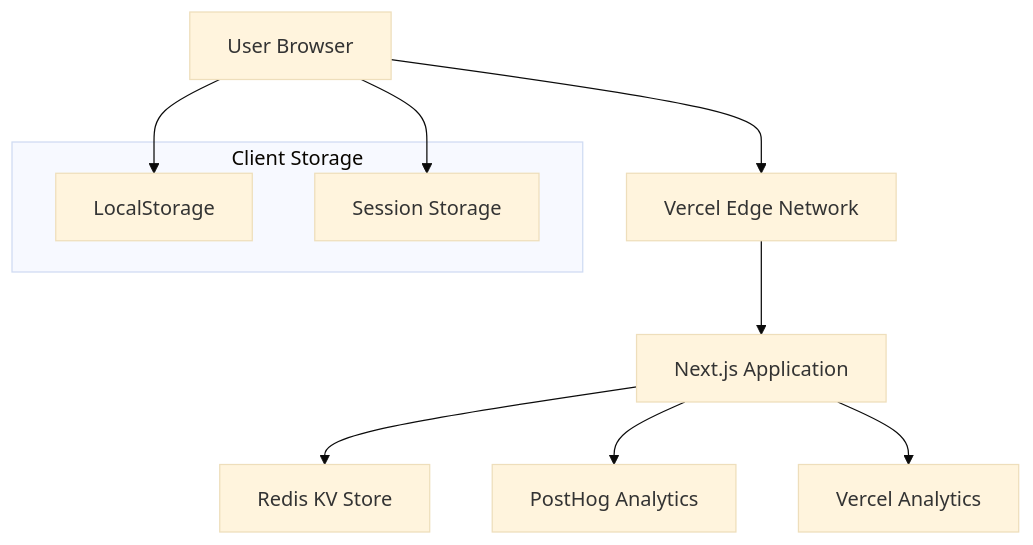
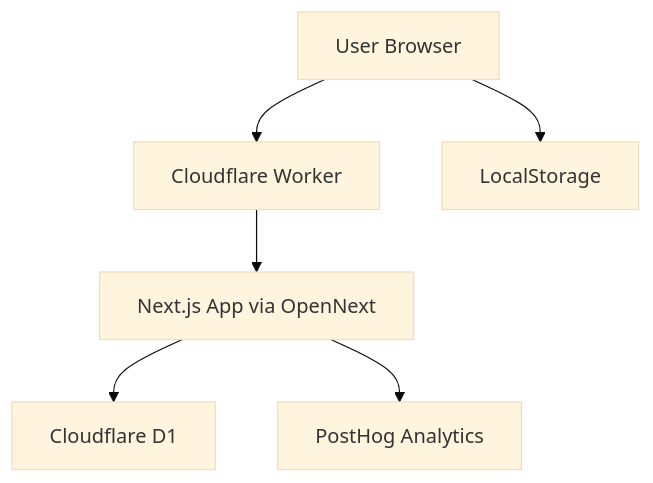
One commit to Aarekaz/SplitSimple changed the diagram in INFRASTRUCTURE.md. Above: the diagram before and after it, drawn with Mermaid (base theme). The commit also changed other lines of this file, not shown here.

````diff
--- a/INFRASTRUCTURE.md
+++ b/INFRASTRUCTURE.md
@@ -22,16 +7,8 @@
 ```mermaid
 graph TB
-    A[User Browser] --> B[Vercel Edge Network]
-    B --> C[Next.js Application]
-    C --> D[Redis KV Store]
+    A[User Browser] --> B[Cloudflare Worker]
+    B --> C[Next.js App via OpenNext]
+    C --> D[Cloudflare D1]
     C --> E[PostHog Analytics]
-    C --> F[Vercel Analytics]
-    
-    subgraph "Client Storage"
-        G[LocalStorage]
-        H[Session Storage]
-    end
-    
-    A --> G
-    A --> H
+    A --> F[LocalStorage]
 ```
````
